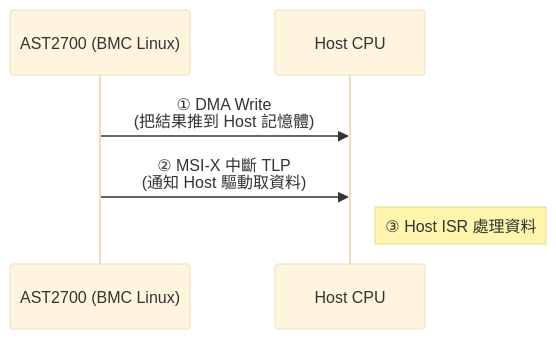
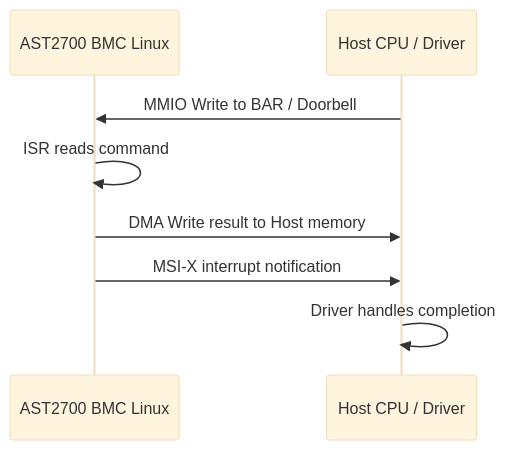
One commit to matchbox-kuo/my-notes changed the first of 5 diagrams in AST2700 PCIe 韌體開發與 OpenBMC實務手冊.md. Above: the diagram before and after it, drawn with Mermaid (base theme). The commit also changed other lines of this file and 2 other files, not shown here.

Commit message:
Update PCIe and BMC study notes

````diff
--- a/AST2700 PCIe 韌體開發與 OpenBMC實務手冊.md
+++ b/AST2700 PCIe 韌體開發與 OpenBMC實務手冊.md
@@ -108,9 +109,11 @@
-   ```mermaid
-   sequenceDiagram
-       participant BMC as AST2700 (BMC Linux)
-       participant Host as Host CPU
+```mermaid
+sequenceDiagram
+    participant BMC as AST2700 BMC Linux
+    participant Host as Host CPU / Driver
 
-       BMC->>Host: ① DMA Write<br/>(把結果推到 Host 記憶體)
-       BMC->>Host: ② MSI-X 中斷 TLP<br/>(通知 Host 驅動取資料)
-       Note right of Host: ③ Host ISR 處理資料
-   ```
+    Host->>BMC: MMIO Write to BAR / Doorbell
+    BMC->>BMC: ISR reads command
+    BMC->>Host: DMA Write result to Host memory
+    BMC->>Host: MSI-X interrupt notification
+    Host->>Host: Driver handles completion
+```
````
